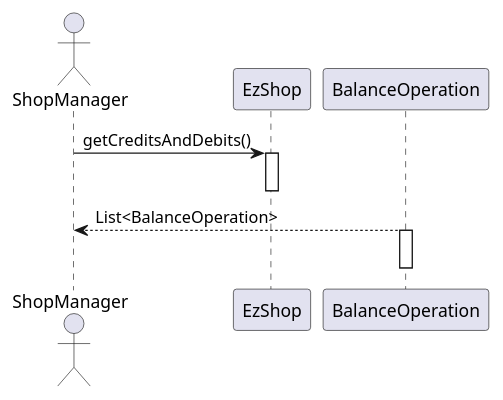
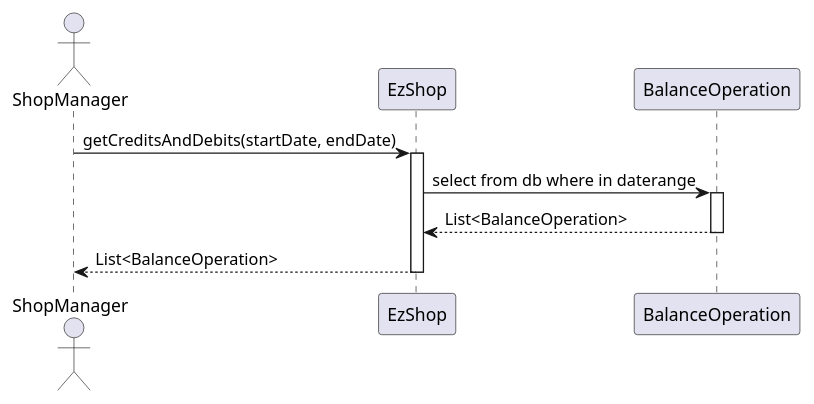
Diagram 27 of 29 in Deliverables/DesignDocument.md (paocela/EzShop), drawn with PlantUML before and after one commit. The commit also changed other lines of this file, not shown here.

Commit message:
Reviewed all sequence diagrams

````diff
--- a/Deliverables/DesignDocument.md
+++ b/Deliverables/DesignDocument.md
@@ -850,9 +840,11 @@
 ```plantuml
 actor ShopManager
-ShopManager -> EzShop : getCreditsAndDebits()
+ShopManager -> EzShop : getCreditsAndDebits(startDate, endDate)
 activate EzShop
+EzShop ->  BalanceOperation  : select from db where in daterange
+activate BalanceOperation
+EzShop <--  BalanceOperation  : List<BalanceOperation>
+deactivate BalanceOperation
+ShopManager <--  EzShop  : List<BalanceOperation>
 deactivate EzShop
-ShopManager <--  BalanceOperation  : List<BalanceOperation>
-activate BalanceOperation
-deactivate BalanceOperation
 ```
````
